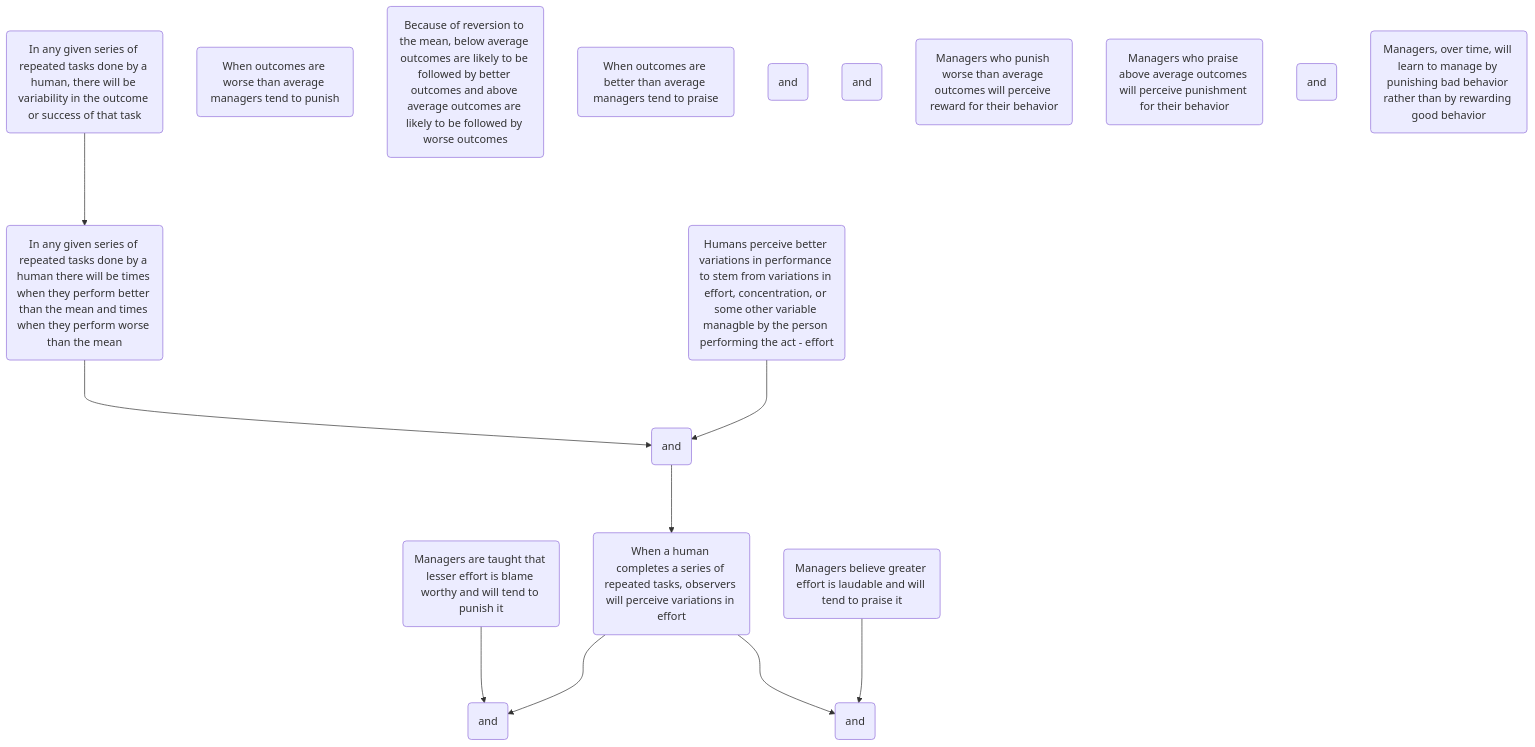
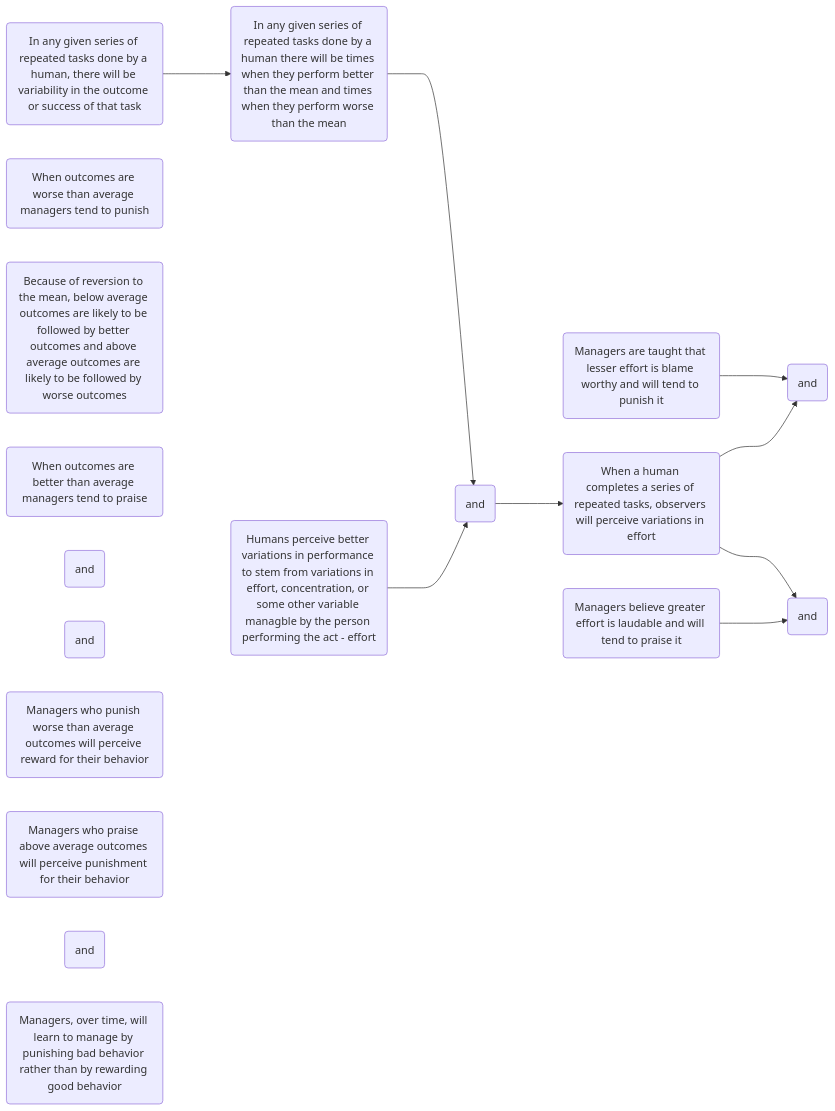
Before and after one commit to hwetsman/TOC_Trees: the diagram in Why_Managers_Learn_To_Manage_Negatively.md, drawn with Mermaid.

Commit message:
Refactor: change back to LR

`````diff
--- a/Why_Managers_Learn_To_Manage_Negatively.md
+++ b/Why_Managers_Learn_To_Manage_Negatively.md
@@ -1,31 +1,31 @@
 ```mermaid
-flowchart TB
+flowchart LR
 
 human_variability(In any given series of repeated tasks done by a human, there will be variability in the outcome or success of that task)
 above_and_below(In any given series of repeated tasks done by a human there will be times when they perform better than the mean and times when they perform worse than the mean)
   human_variability--->above_and_below
 human_perception(Humans perceive better variations in performance to stem from variations in effort, concentration, or some other variable managble by the person performing the act - effort)
   and1(and)
   above_and_below--->and1
   human_perception--->and1
   lesser_effort(Managers are taught that lesser effort is blame worthy and will tend to punish it)
   observer_perception(When a human completes a series of repeated tasks, observers will perceive variations in effort)
     and1--->observer_perception
   managers_belief(Managers believe greater effort is laudable and will tend to praise it)
     and2(and)
     and3(and)
     observer_perception--->and2
     observer_perception--->and3
       lesser_effort--->and2
       managers_belief--->and3
     worse_outcomes(When outcomes are worse than average managers tend to punish)
     reversion(Because of reversion to the mean, below average outcomes are likely to be followed by better outcomes and above average outcomes are likely to be followed by worse outcomes)
     better_outcomes(When outcomes are better than average managers tend to praise)
       and4(and)
       and5(and)
       managers_punish(Managers who punish worse than average outcomes will perceive reward for their behavior)
       managers_praise(Managers who praise above average outcomes will perceive punishment for their behavior)
         and6(and)
         managers_over_time(Managers, over time, will learn to manage by punishing bad behavior rather than by rewarding good behavior)
 
 ````
`````
